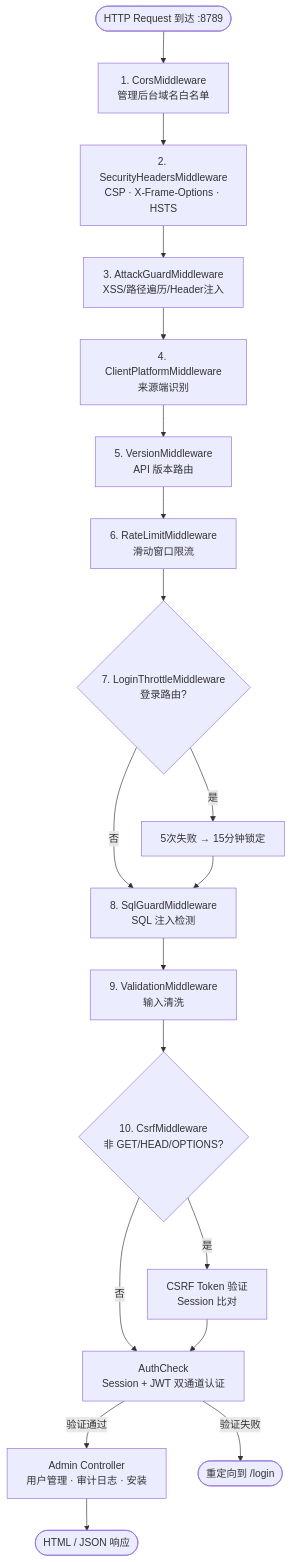
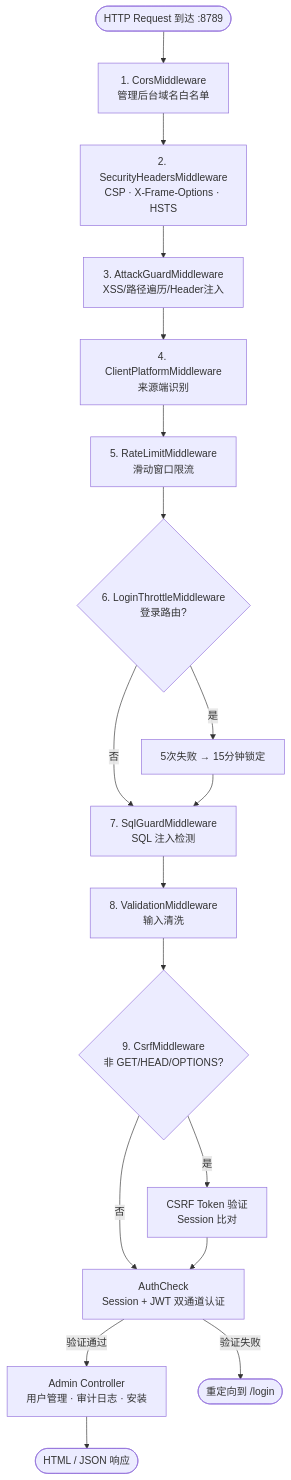
Before and after one commit to erikwang2013/ads-php: the second of 3 diagrams in docs/diagrams/request-flow.md, drawn with Mermaid. The commit also changed other lines of this file and 92 other files, not shown here.

````diff
--- a/docs/diagrams/request-flow.md
+++ b/docs/diagrams/request-flow.md
@@ -35,21 +34,20 @@
 ```mermaid
 flowchart TD
     Start2(["HTTP Request 到达 :8789"]) --> CORS2["1. CorsMiddleware<br/>管理后台域名白名单"]
     CORS2 --> SecH2["2. SecurityHeadersMiddleware<br/>CSP · X-Frame-Options · HSTS"]
     SecH2 --> Attack2["3. AttackGuardMiddleware<br/>XSS/路径遍历/Header注入"]
     Attack2 --> Client2["4. ClientPlatformMiddleware<br/>来源端识别"]
-    Client2 --> Version2["5. VersionMiddleware<br/>API 版本路由"]
-    Version2 --> Rate2["6. RateLimitMiddleware<br/>滑动窗口限流"]
-    Rate2 --> LoginT2{"7. LoginThrottleMiddleware<br/>登录路由?"}
+    Client2 --> Rate2["5. RateLimitMiddleware<br/>滑动窗口限流"]
+    Rate2 --> LoginT2{"6. LoginThrottleMiddleware<br/>登录路由?"}
     LoginT2 -->|"是"| LT2["5次失败 → 15分钟锁定"]
-    LoginT2 -->|"否"| SQL2["8. SqlGuardMiddleware<br/>SQL 注入检测"]
+    LoginT2 -->|"否"| SQL2["7. SqlGuardMiddleware<br/>SQL 注入检测"]
     LT2 --> SQL2
-    SQL2 --> Valid2["9. ValidationMiddleware<br/>输入清洗"]
-    Valid2 --> CSRF2{"10. CsrfMiddleware<br/>非 GET/HEAD/OPTIONS?"}
+    SQL2 --> Valid2["8. ValidationMiddleware<br/>输入清洗"]
+    Valid2 --> CSRF2{"9. CsrfMiddleware<br/>非 GET/HEAD/OPTIONS?"}
     CSRF2 -->|"是"| CSRFCheck["CSRF Token 验证<br/>Session 比对"]
     CSRF2 -->|"否"| AuthCheck["AuthCheck<br/>Session + JWT 双通道认证"]
     CSRFCheck --> AuthCheck
     AuthCheck -->|"验证通过"| AdminCtrl["Admin Controller<br/>用户管理 · 审计日志 · 安装"]
     AuthCheck -->|"验证失败"| Redirect(["重定向到 /login"])
     AdminCtrl --> AdminResp(["HTML / JSON 响应"])
 ```
````
